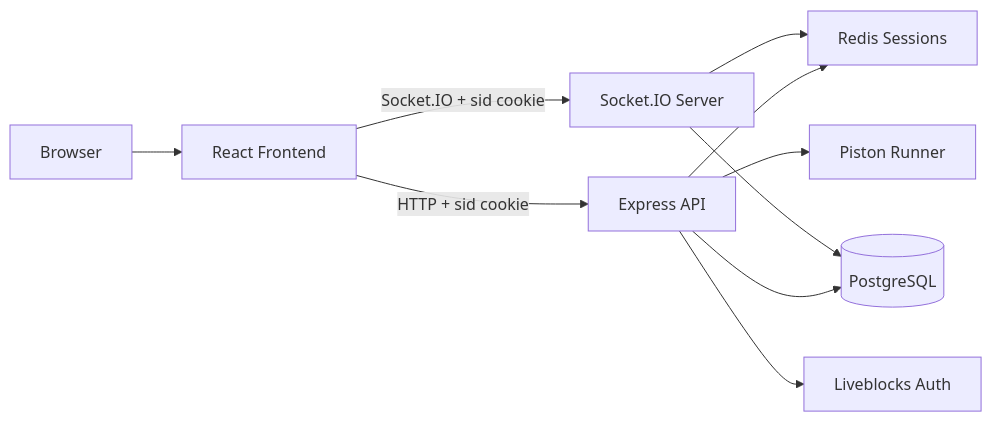
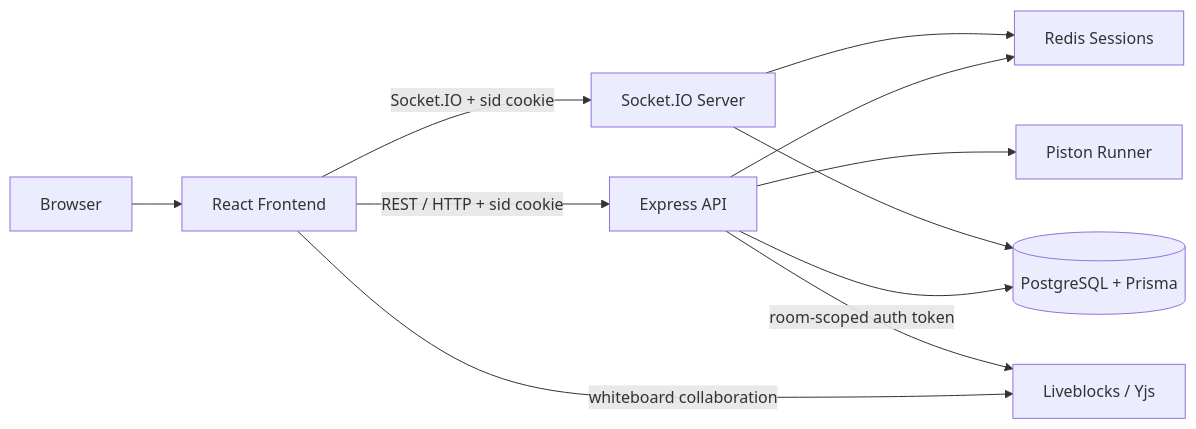
Before and after one commit to ANUKOOL324/StarSync: the first of 2 diagrams in README.md, drawn with Mermaid. The commit also changed other lines of this file and 2 other files, not shown here.

````diff
--- a/README.md
+++ b/README.md
@@ -72,12 +37,22 @@
 ```mermaid
 flowchart LR
-  User[Browser] --> Frontend[React Frontend]
-  Frontend -->|HTTP + sid cookie| API[Express API]
-  Frontend -->|Socket.IO + sid cookie| Realtime[Socket.IO Server]
-  API --> Session[Redis Sessions]
-  Realtime --> Session
-  API --> DB[(PostgreSQL)]
+  Browser[Browser]
+  Frontend[React Frontend]
+  API[Express API]
+  Realtime[Socket.IO Server]
+  Sessions[Redis Sessions]
+  DB[(PostgreSQL + Prisma)]
+  Piston[Piston Runner]
+  Liveblocks[Liveblocks / Yjs]
+
+  Browser --> Frontend
+  Frontend -->|REST / HTTP + sid cookie| API
+  Frontend -->|Socket.IO + sid cookie| Realtime
+  Frontend -->|whiteboard collaboration| Liveblocks
+  API --> Sessions
+  Realtime --> Sessions
+  API --> DB
   Realtime --> DB
-  API --> Piston[Piston Runner]
-  API --> Liveblocks[Liveblocks Auth]
+  API --> Piston
+  API -->|room-scoped auth token| Liveblocks
 ```
````
